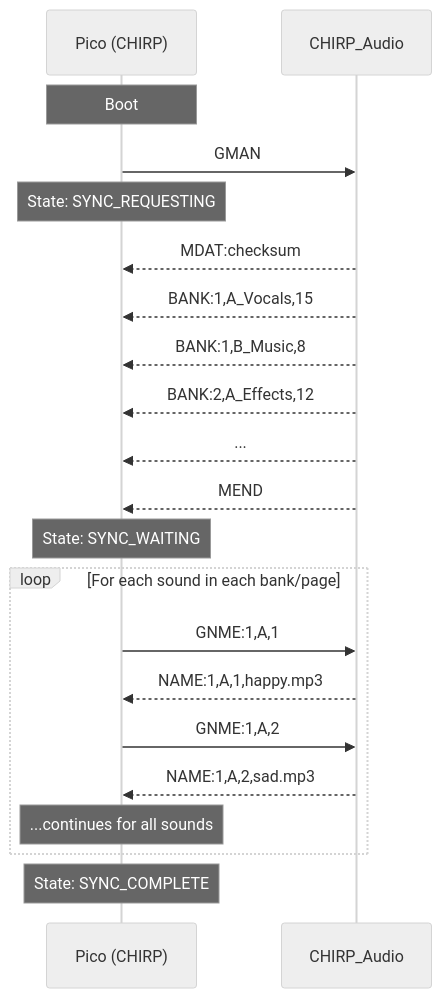
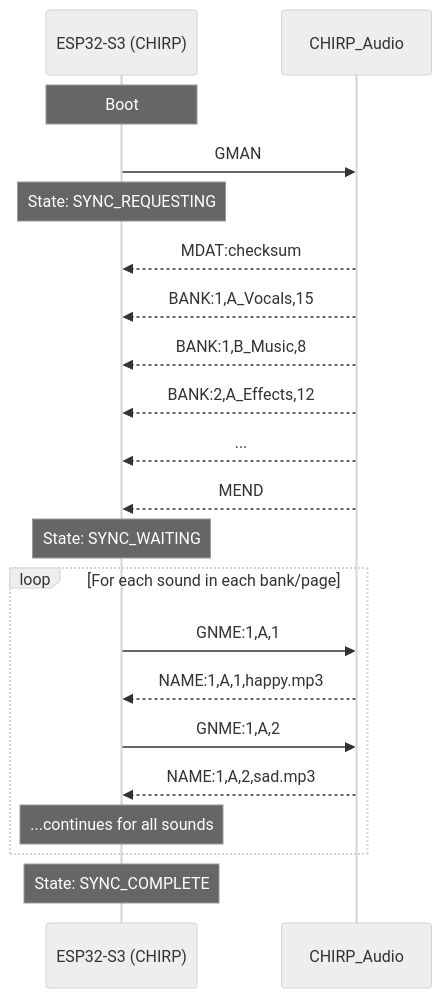
Before and after one commit to joymonkey/CHIRP: the second of 3 diagrams in CHIRP_Droid_Control/README.md, drawn with Mermaid (neutral theme). The commit also changed other lines of this file and 1 other file, not shown here.

````diff
--- a/CHIRP_Droid_Control/README.md
+++ b/CHIRP_Droid_Control/README.md
@@ -273,27 +273,27 @@
 ```mermaid
 sequenceDiagram
-    participant P as Pico (CHIRP)
+    participant P as ESP32-S3 (CHIRP)
     participant A as CHIRP_Audio
 
     Note over P: Boot
     P->>A: GMAN
     Note over P: State: SYNC_REQUESTING
 
     A-->>P: MDAT:checksum
     A-->>P: BANK:1,A_Vocals,15
     A-->>P: BANK:1,B_Music,8
     A-->>P: BANK:2,A_Effects,12
     A-->>P: ...
     A-->>P: MEND
     Note over P: State: SYNC_WAITING
 
     loop For each sound in each bank/page
         P->>A: GNME:1,A,1
         A-->>P: NAME:1,A,1,happy.mp3
         P->>A: GNME:1,A,2
         A-->>P: NAME:1,A,2,sad.mp3
         Note over P: ...continues for all sounds
     end
 
     Note over P: State: SYNC_COMPLETE
 ```
````
